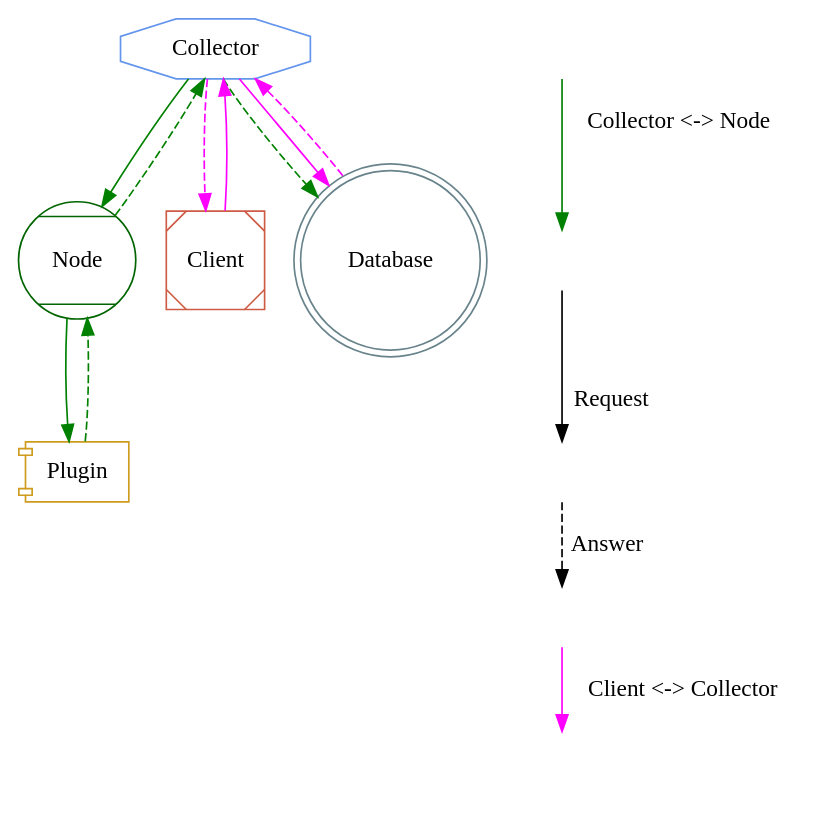
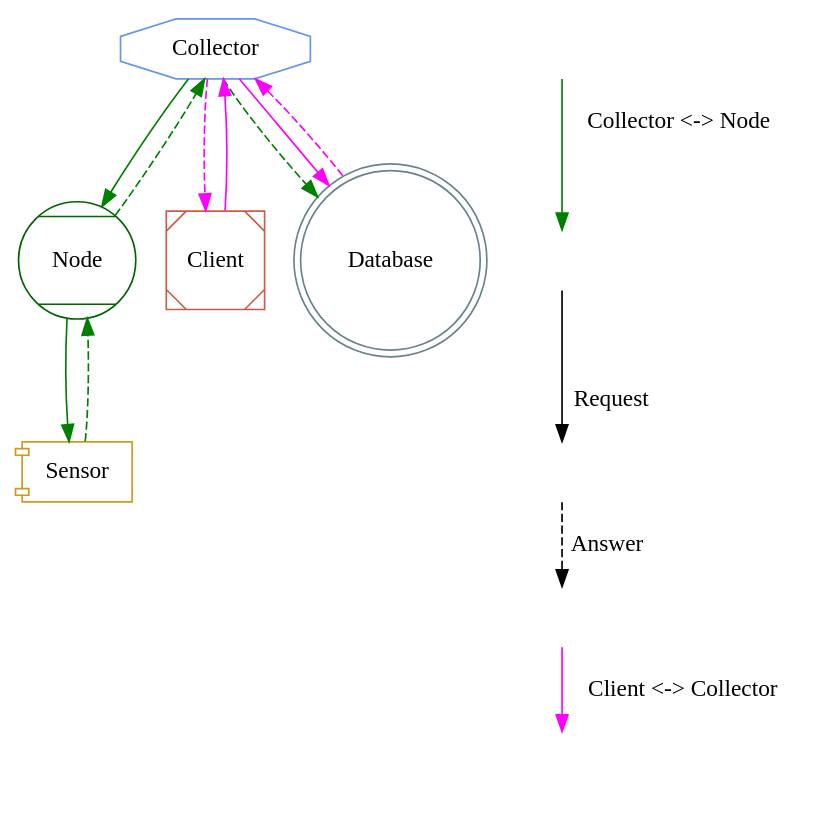
Before and after one commit to Sheridan/mon: the diagram in trunk/doc/architecture/graph.dot, drawn with Graphviz. The commit also changed 1 other file, not shown here.

```diff
--- a/trunk/doc/architecture/graph.dot
+++ b/trunk/doc/architecture/graph.dot
@@ -1,42 +1,42 @@
 digraph G
 {
     node [shape=octagon, color=cornflowerblue];
     mon_collector [label="Collector"];
     node [shape=Mcircle, color=darkgreen];
     mon_node [label="Node"];
     node [shape=Msquare, color=coral3];
     mon_client [label="Client"];
     node [shape=component, color=goldenrod3];
-    mon_plugin [label="Plugin"];
+    mon_sensor [label="Sensor"];
     node [shape=doublecircle, color=lightblue4];
     database [label="Database"];
 
     // collector to nodes
     edge [color=green, style=filled];
     mon_collector -> mon_node;
-    mon_node -> mon_plugin;
+    mon_node -> mon_sensor;
     edge [style=dashed];
-    mon_plugin -> mon_node;
+    mon_sensor -> mon_node;
     mon_node -> mon_collector;
     mon_collector -> database;
 
     // client to collector
     edge [color=magenta, style=filled];
     mon_client -> mon_collector;
     mon_collector -> database;
     edge [style=dashed];
     database -> mon_collector;
     mon_collector -> mon_client;
 
     // description
     node [color=black, shape=none, label=""];
     edge [color=black, style=filled];
     b->c [label="Request"];
     edge [style=dashed];
     c->d [label="Answer"];
     edge [color=green, style=filled];
     a->b [label="Collector <-> Node"];
     edge [color=magenta, style=filled];
     d->e [label="Client <-> Collector"];
     
 }
```
